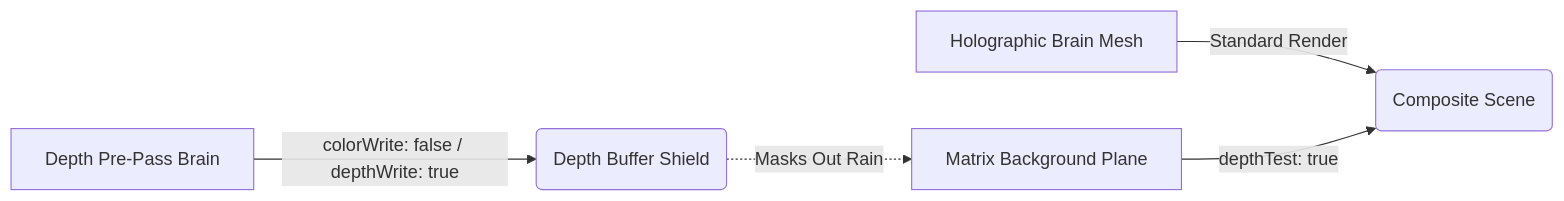
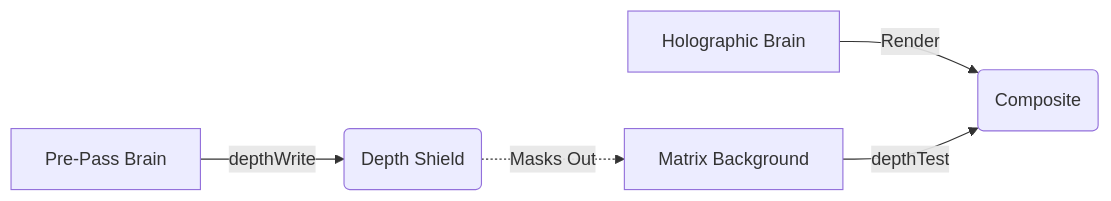
One commit to Rishabh02104/Rishabh02104 changed the second of 4 diagrams in README.md. Above: the diagram before and after it, drawn with Mermaid. The commit also changed other lines of this file and 1 other file, not shown here.

Commit message:
fix: adjust foreignObject height in projects.svg to prevent text clip and add CareerForge/SecureVoting LR flowcharts

````diff
--- a/README.md
+++ b/README.md
@@ -95,7 +95,7 @@
 ```mermaid
 graph LR
-  A[Depth Pre-Pass Brain] -->|colorWrite: false / depthWrite: true| B(Depth Buffer Shield)
-  C[Holographic Brain Mesh] -->|Standard Render| D(Composite Scene)
-  E[Matrix Background Plane] -->|depthTest: true| D
-  B -.->|Masks Out Rain| E
+  Pre[Pre-Pass Brain] -->|depthWrite| Shield(Depth Shield)
+  Brain[Holographic Brain] -->|Render| Comp(Composite)
+  Rain[Matrix Background] -->|depthTest| Comp
+  Shield -.->|Masks Out| Rain
 ```
````
